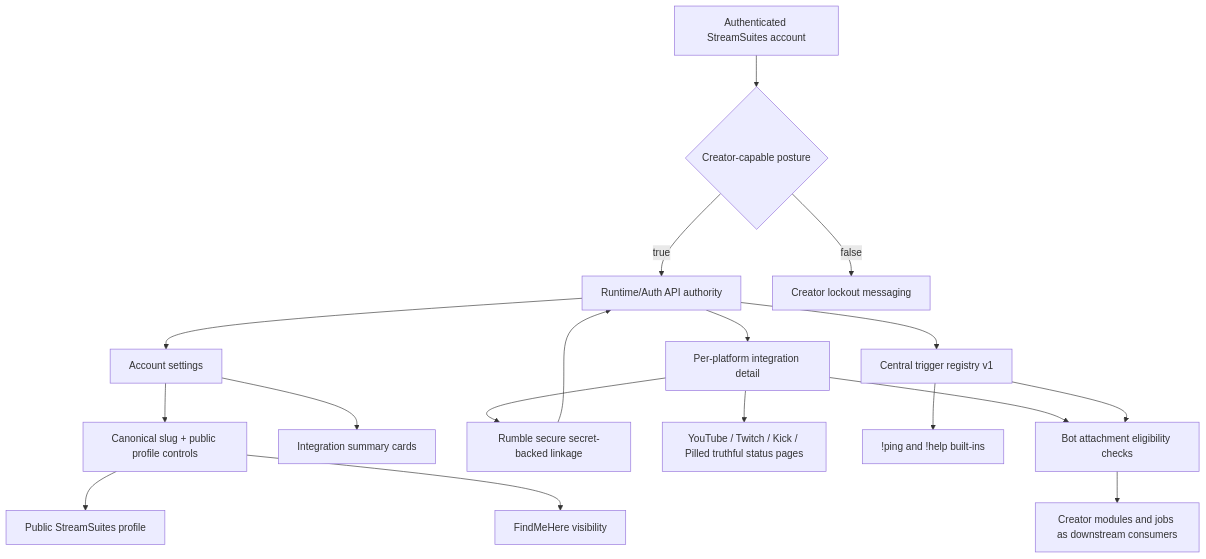
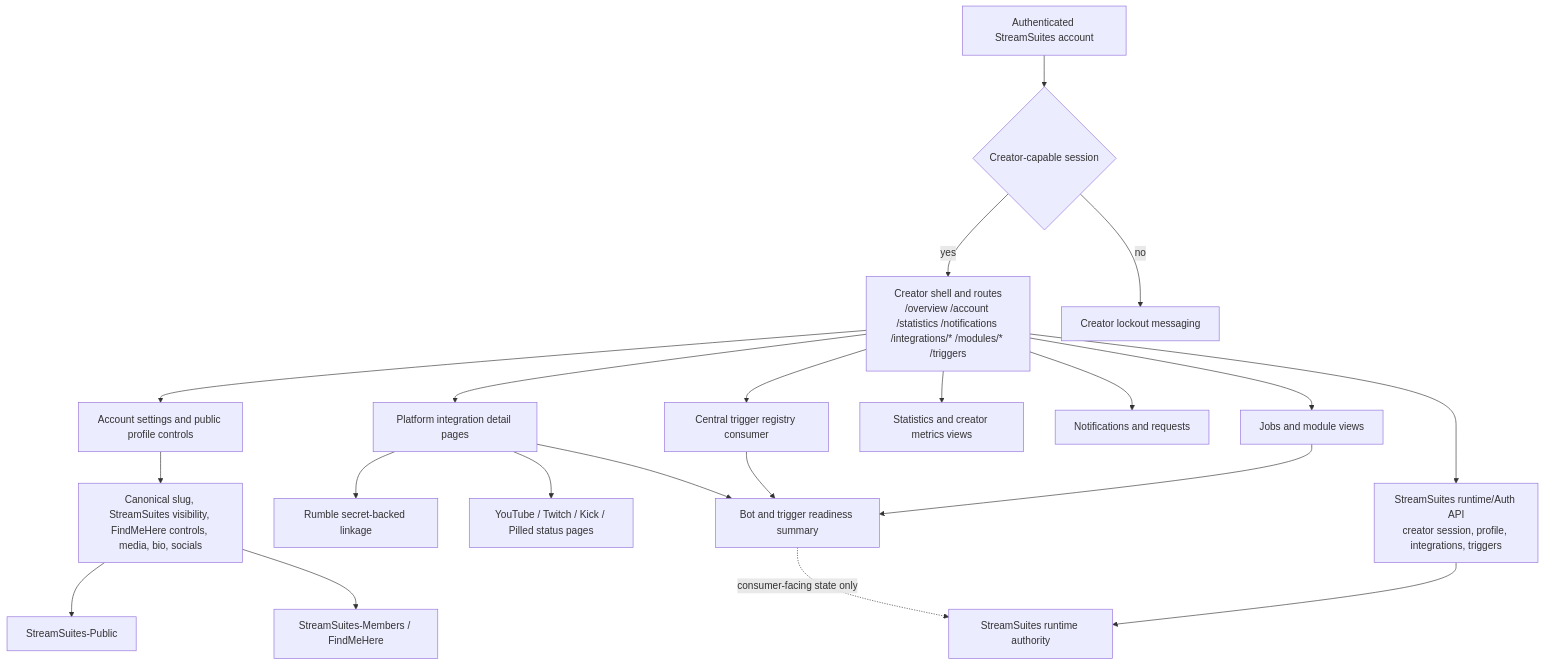
One commit to BSMediaGroup/StreamSuites-Creator changed the diagram in README.md. Above: the diagram before and after it, drawn with Mermaid. The commit also changed other lines of this file and 1 other file, not shown here.

First line of the commit message:
Overhaul cross-repo READMEs with system and repo-scoped flowcharts

````diff
--- a/README.md
+++ b/README.md
@@ -36,20 +20,27 @@
 ```mermaid
 flowchart TD
-    A[Authenticated StreamSuites account] --> B{Creator-capable posture}
-    B -->|true| C[Runtime/Auth API authority]
-    B -->|false| L[Creator lockout messaging]
-    C --> D[Account settings]
-    C --> E[Per-platform integration detail]
-    C --> F[Central trigger registry v1]
-    D --> G[Canonical slug + public profile controls]
-    D --> H[Integration summary cards]
-    E --> I[Rumble secure secret-backed linkage]
-    E --> J[YouTube / Twitch / Kick / Pilled truthful status pages]
-    I --> C
-    F --> K[!ping and !help built-ins]
-    E --> M[Bot attachment eligibility checks]
-    F --> M
-    M --> N[Creator modules and jobs as downstream consumers]
-    G --> O[Public StreamSuites profile]
-    G --> P[FindMeHere visibility]
+    CreatorUser["Authenticated StreamSuites account"] --> Gate{"Creator-capable session"}
+    Gate -->|yes| Shell["Creator shell and routes<br/>/overview /account /statistics /notifications /integrations/* /modules/* /triggers"]
+    Gate -->|no| Lockout["Creator lockout messaging"]
+
+    Shell --> Account["Account settings and public profile controls"]
+    Shell --> Integrations["Platform integration detail pages"]
+    Shell --> Triggers["Central trigger registry consumer"]
+    Shell --> Stats["Statistics and creator metrics views"]
+    Shell --> Notifications["Notifications and requests"]
+    Shell --> Modules["Jobs and module views"]
+
+    Account --> Profile["Canonical slug, StreamSuites visibility, FindMeHere controls, media, bio, socials"]
+    Integrations --> Rumble["Rumble secret-backed linkage"]
+    Integrations --> Platforms["YouTube / Twitch / Kick / Pilled status pages"]
+    Triggers --> Readiness["Bot and trigger readiness summary"]
+    Integrations --> Readiness
+    Modules --> Readiness
+
+    Shell --> Auth["StreamSuites runtime/Auth API<br/>creator session, profile, integrations, triggers"]
+    Auth --> Runtime["StreamSuites runtime authority"]
+
+    Profile --> Public["StreamSuites-Public"]
+    Profile --> Members["StreamSuites-Members / FindMeHere"]
+    Readiness -. consumer-facing state only .-> Runtime
 ```
````
